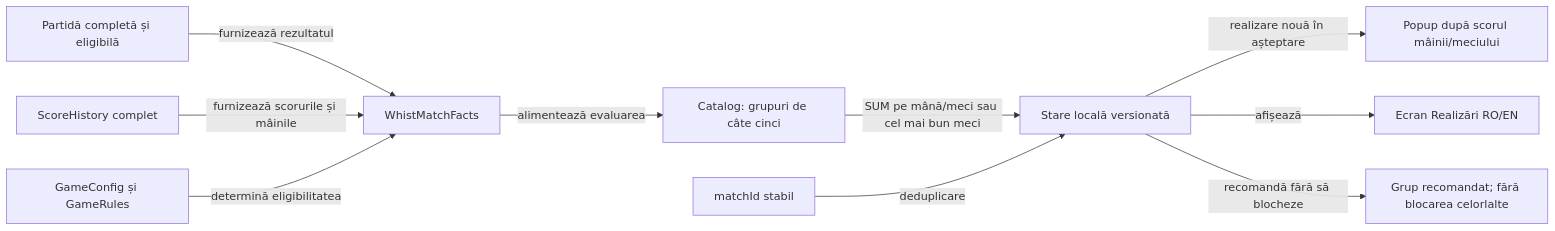
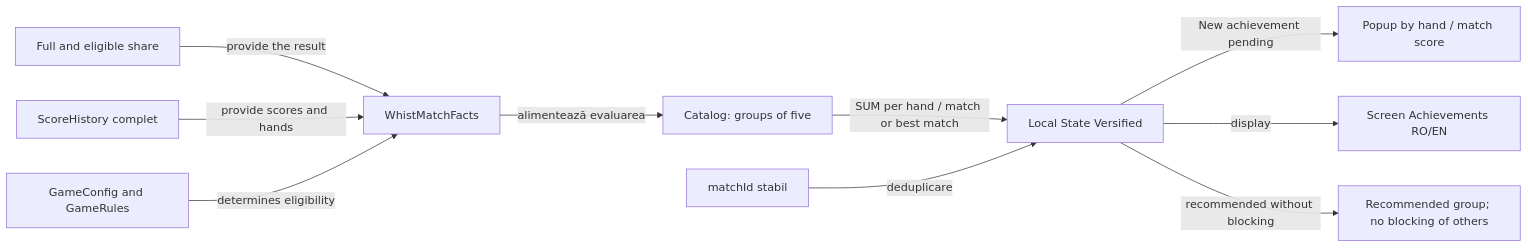
Before and after one commit to crististefanita/atf_j4: the diagram in docs/game/ATF_Achievements.md, drawn with Mermaid. The commit also changed other lines of this file and 122 other files, not shown here.

````diff
--- a/docs/game/ATF_Achievements.md
+++ b/docs/game/ATF_Achievements.md
@@ -9,12 +9,12 @@
 ```mermaid
 flowchart LR
-    MATCH[Partidă completă și eligibilă] -->|furnizează rezultatul| FACTS[WhistMatchFacts]
-    LEDGER[ScoreHistory complet] -->|furnizează scorurile și mâinile| FACTS
-    RULES[GameConfig și GameRules] -->|determină eligibilitatea| FACTS
-    FACTS -->|alimentează evaluarea| CATALOG[Catalog: grupuri de câte cinci]
-    CATALOG -->|SUM pe mână/meci sau cel mai bun meci| STATE[Stare locală versionată]
+    MATCH[Full and eligible share] -->|provide the result| FACTS[WhistMatchFacts]
+    LEDGER[ScoreHistory complet] -->|provide scores and hands| FACTS
+    RULES[GameConfig and GameRules] -->|determines eligibility| FACTS
+    FACTS -->|alimentează evaluarea| CATALOG[Catalog: groups of five]
+    CATALOG -->|SUM per hand / match or best match| STATE[Local State Versified]
     ID[matchId stabil] -->|deduplicare| STATE
-    STATE -->|realizare nouă în așteptare| POPUP[Popup după scorul mâinii/meciului]
-    STATE -->|afișează| VIEW[Ecran Realizări RO/EN]
-    STATE -->|recomandă fără să blocheze| PATH[Grup recomandat; fără blocarea celorlalte]
+    STATE -->|New achievement pending| POPUP[Popup by hand / match score]
+    STATE -->|display| VIEW[Screen Achievements RO/EN]
+    STATE -->|recommended without blocking| PATH[Recommended group; no blocking of others]
 ```
````
